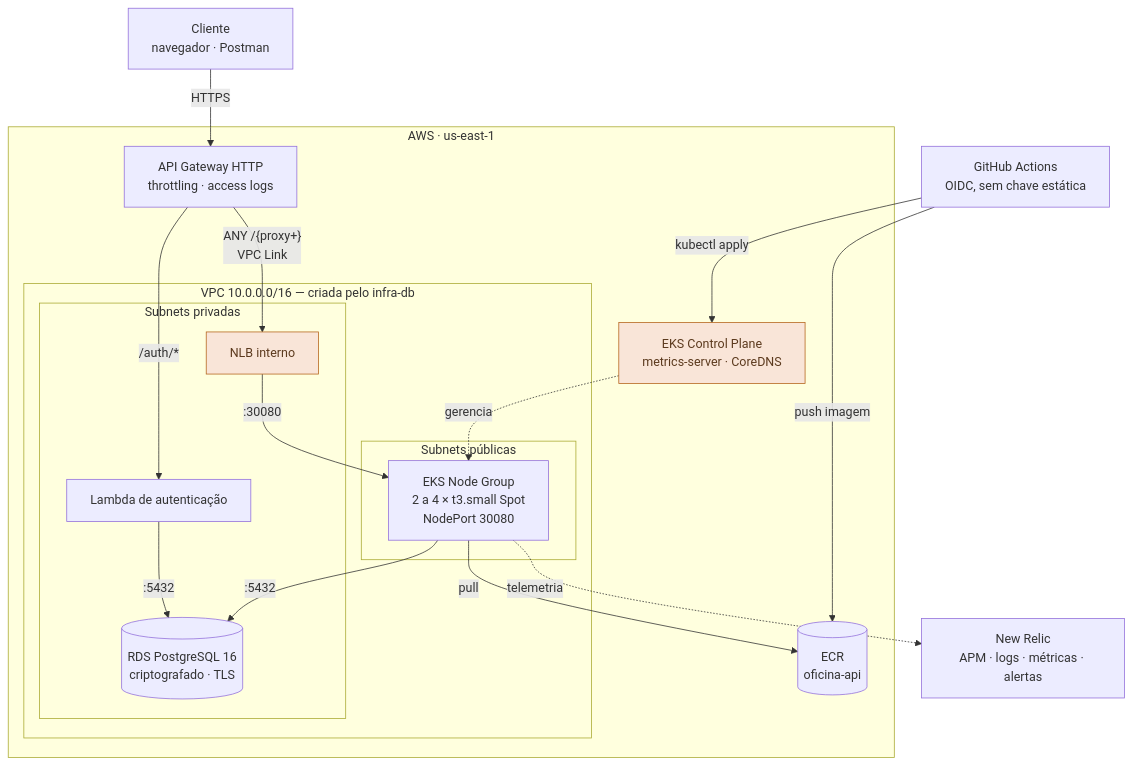
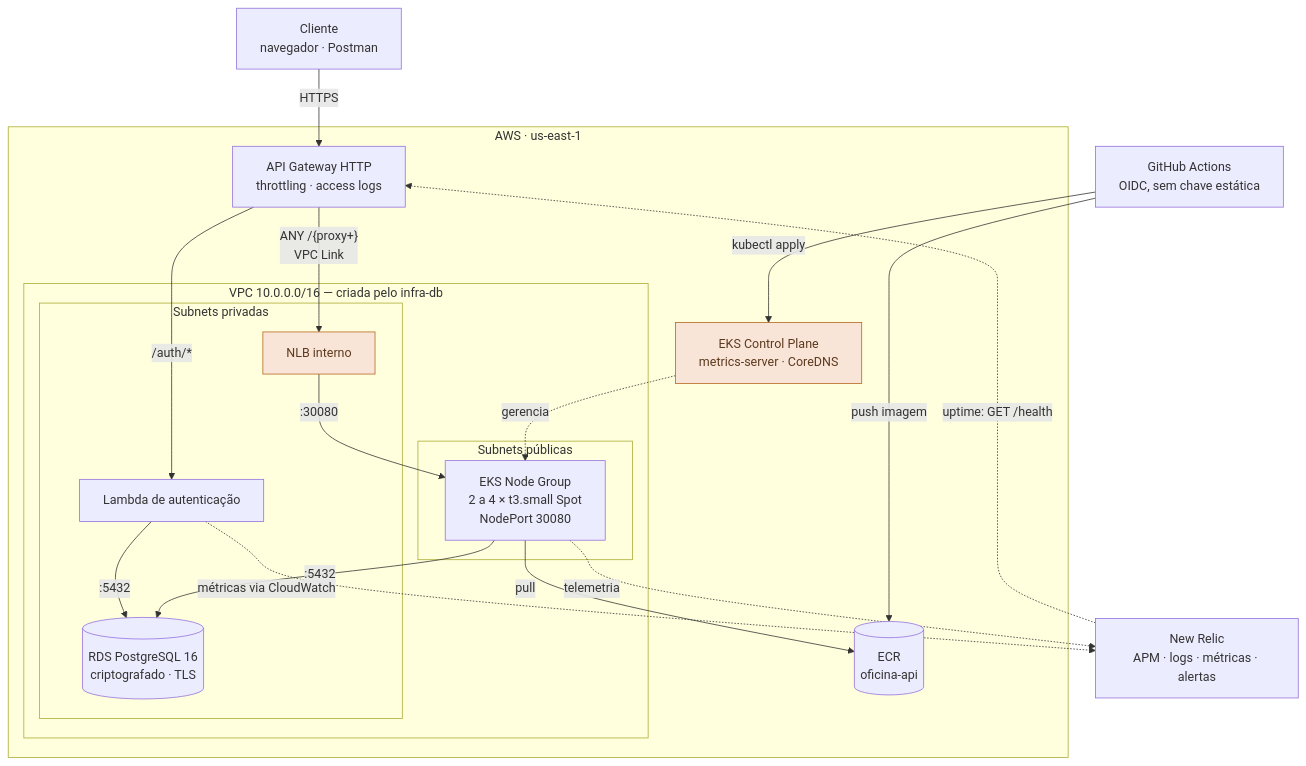
The first of 2 diagrams in README.md (pesant0s/tech-challenge-infra-k8s), drawn with Mermaid before and after one commit. The commit also changed other lines of this file and 8 other files, not shown here.

Commit message:
feat: dashboard, alertas, monitor de uptime e métricas da Lambda no New Relic

````diff
--- a/README.md
+++ b/README.md
@@ -28,41 +28,43 @@
 ```mermaid
 flowchart TB
     cliente["Cliente<br/>navegador · Postman"]
 
     subgraph aws["AWS · us-east-1"]
         apigw["API Gateway HTTP<br/>throttling · access logs"]
 
         subgraph vpc["VPC 10.0.0.0/16 — criada pelo infra-db"]
             subgraph publicas["Subnets públicas"]
                 nodes["EKS Node Group<br/>2 a 4 × t3.small Spot<br/>NodePort 30080"]
             end
 
             subgraph privadas["Subnets privadas"]
                 nlb["NLB interno"]
                 rds[("RDS PostgreSQL 16<br/>criptografado · TLS")]
                 lambda["Lambda de autenticação"]
             end
         end
 
         ecr[("ECR<br/>oficina-api")]
         eks["EKS Control Plane<br/>metrics-server · CoreDNS"]
     end
 
     nr["New Relic<br/>APM · logs · métricas · alertas"]
     gh["GitHub Actions<br/>OIDC, sem chave estática"]
 
     cliente -->|HTTPS| apigw
     apigw -->|"/auth/*"| lambda
     apigw -->|"ANY /{proxy+}<br/>VPC Link"| nlb
     nlb -->|":30080"| nodes
     nodes -->|":5432"| rds
     lambda -->|":5432"| rds
     eks -.->|gerencia| nodes
     nodes -->|pull| ecr
     gh -->|push imagem| ecr
     gh -->|kubectl apply| eks
     nodes -.->|telemetria| nr
+    lambda -.->|métricas via CloudWatch| nr
+    nr -.->|uptime: GET /health| apigw
 
     classDef custo fill:#f9e5d8,stroke:#b5651d,color:#5c3a1e
     class eks,nlb custo
 ```
````
